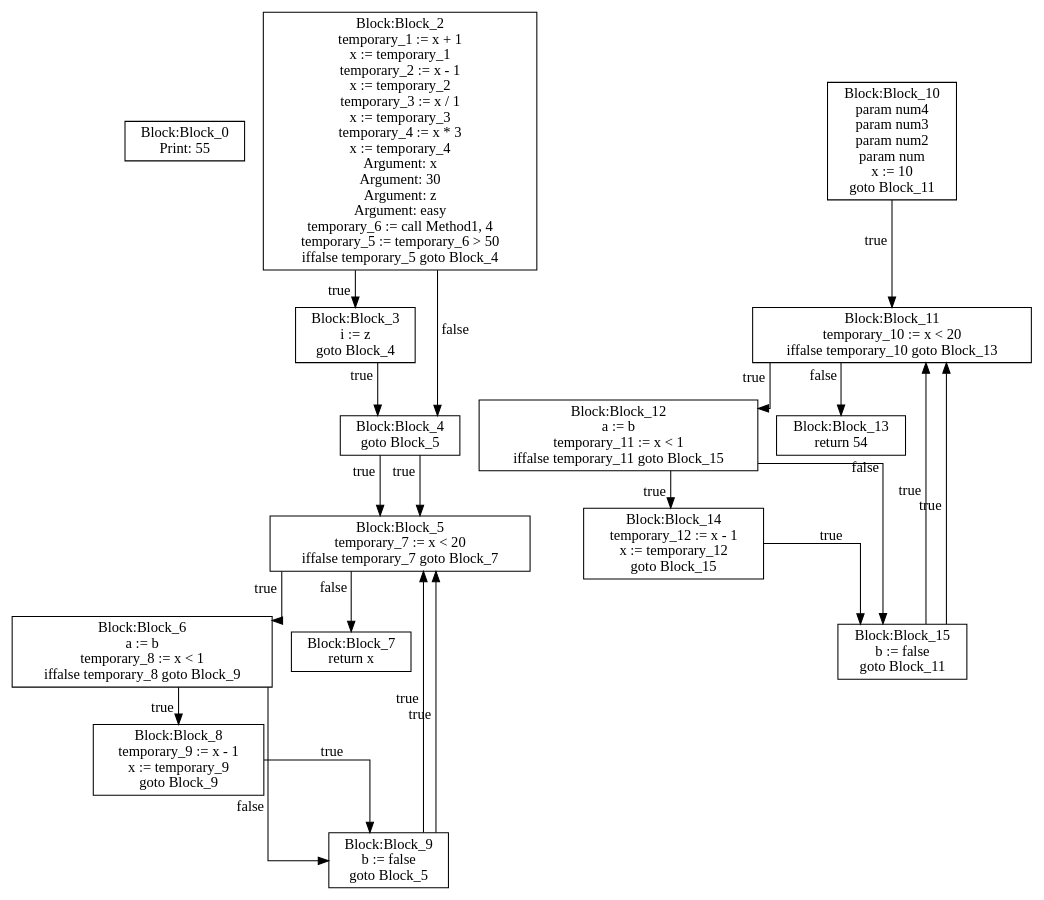
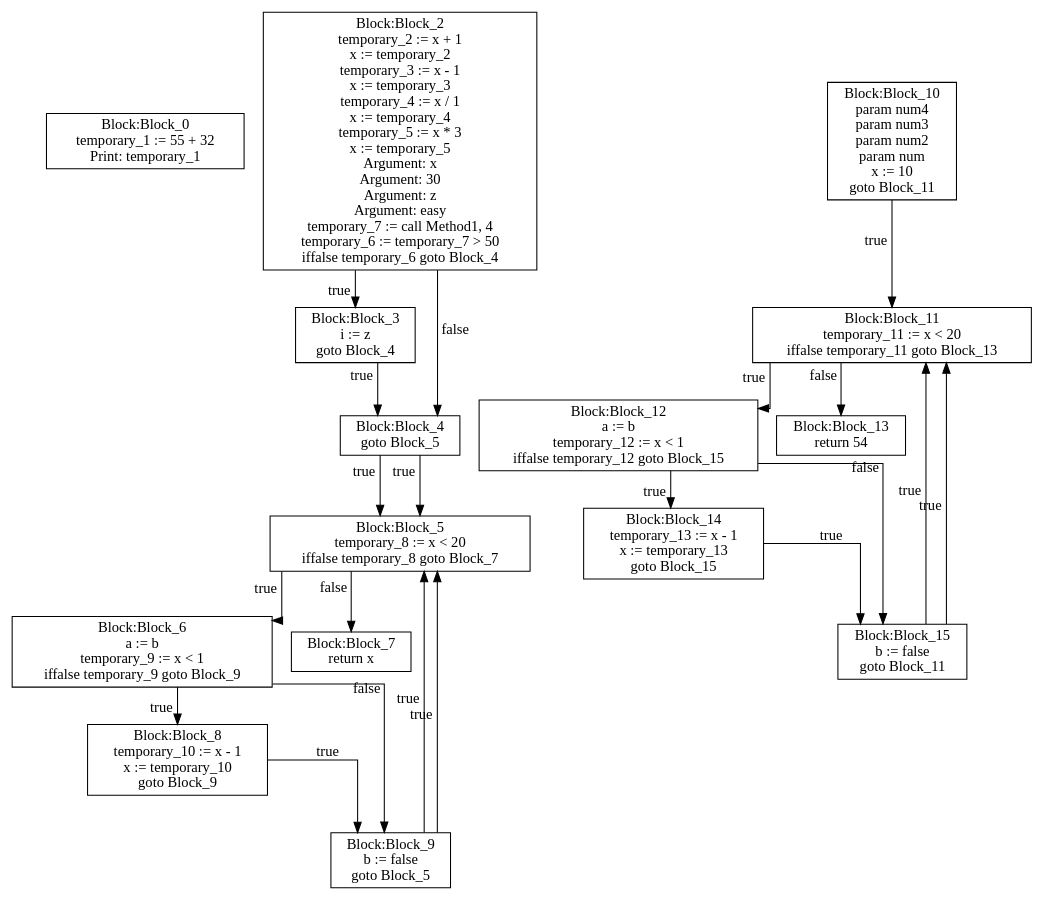
One commit to moondog-matthew/compiler-dv1655 changed the diagram in lab3/CFG-tree.dot. Above: the diagram before and after it, drawn with Graphviz. The commit also changed 4 other files, not shown here.

```diff
--- a/lab3/CFG-tree.dot
+++ b/lab3/CFG-tree.dot
@@ -1,94 +1,95 @@
 digraph {
 graph [ splines = ortho ]
 	node [ shape = box ];
 Block_0 [label="Block:Block_0
-Print: 55"];
+temporary_1 := 55 + 32
+Print: temporary_1"];
 Block_2 [label="Block:Block_2
-temporary_1 := x + 1
-x := temporary_1
-temporary_2 := x - 1
+temporary_2 := x + 1
 x := temporary_2
-temporary_3 := x / 1
+temporary_3 := x - 1
 x := temporary_3
-temporary_4 := x * 3
+temporary_4 := x / 1
 x := temporary_4
+temporary_5 := x * 3
+x := temporary_5
 Argument: x
 Argument: 30
 Argument: z
 Argument: easy
-temporary_6 := call Method1, 4
-temporary_5 := temporary_6 > 50
-iffalse temporary_5 goto Block_4"];
+temporary_7 := call Method1, 4
+temporary_6 := temporary_7 > 50
+iffalse temporary_6 goto Block_4"];
 Block_2 -> Block_3 [xlabel = "true"]
 Block_3 [label="Block:Block_3
 i := z
 goto Block_4"];
 Block_3 -> Block_4 [xlabel = "true"]
 Block_4 [label="Block:Block_4
 goto Block_5"];
 Block_4 -> Block_5 [xlabel = "true"]
 Block_5 [label="Block:Block_5
-temporary_7 := x < 20
-iffalse temporary_7 goto Block_7"];
+temporary_8 := x < 20
+iffalse temporary_8 goto Block_7"];
 Block_5 -> Block_6 [xlabel = "true"]
 Block_6 [label="Block:Block_6
 a := b
-temporary_8 := x < 1
-iffalse temporary_8 goto Block_9"];
+temporary_9 := x < 1
+iffalse temporary_9 goto Block_9"];
 Block_6 -> Block_8 [xlabel = "true"]
 Block_8 [label="Block:Block_8
-temporary_9 := x - 1
-x := temporary_9
+temporary_10 := x - 1
+x := temporary_10
 goto Block_9"];
 Block_8 -> Block_9 [xlabel = "true"]
 Block_9 [label="Block:Block_9
 b := false
 goto Block_5"];
 Block_9 -> Block_5 [xlabel = "true"]
 Block_6 -> Block_9 [xlabel = "false"]
 Block_9 [label="Block:Block_9
 b := false
 goto Block_5"];
 Block_9 -> Block_5 [xlabel = "true"]
 Block_5 -> Block_7 [xlabel = "false"]
 Block_7 [label="Block:Block_7
 return x"];
 Block_2 -> Block_4 [xlabel = "false"]
 Block_4 [label="Block:Block_4
 goto Block_5"];
 Block_4 -> Block_5 [xlabel = "true"]
 Block_10 [label="Block:Block_10
 param num4
 param num3
 param num2
 param num
 x := 10
 goto Block_11"];
 Block_10 -> Block_11 [xlabel = "true"]
 Block_11 [label="Block:Block_11
-temporary_10 := x < 20
-iffalse temporary_10 goto Block_13"];
+temporary_11 := x < 20
+iffalse temporary_11 goto Block_13"];
 Block_11 -> Block_12 [xlabel = "true"]
 Block_12 [label="Block:Block_12
 a := b
-temporary_11 := x < 1
-iffalse temporary_11 goto Block_15"];
+temporary_12 := x < 1
+iffalse temporary_12 goto Block_15"];
 Block_12 -> Block_14 [xlabel = "true"]
 Block_14 [label="Block:Block_14
-temporary_12 := x - 1
-x := temporary_12
+temporary_13 := x - 1
+x := temporary_13
 goto Block_15"];
 Block_14 -> Block_15 [xlabel = "true"]
 Block_15 [label="Block:Block_15
 b := false
 goto Block_11"];
 Block_15 -> Block_11 [xlabel = "true"]
 Block_12 -> Block_15 [xlabel = "false"]
 Block_15 [label="Block:Block_15
 b := false
 goto Block_11"];
 Block_15 -> Block_11 [xlabel = "true"]
 Block_11 -> Block_13 [xlabel = "false"]
 Block_13 [label="Block:Block_13
 return 54"];
 }
```
